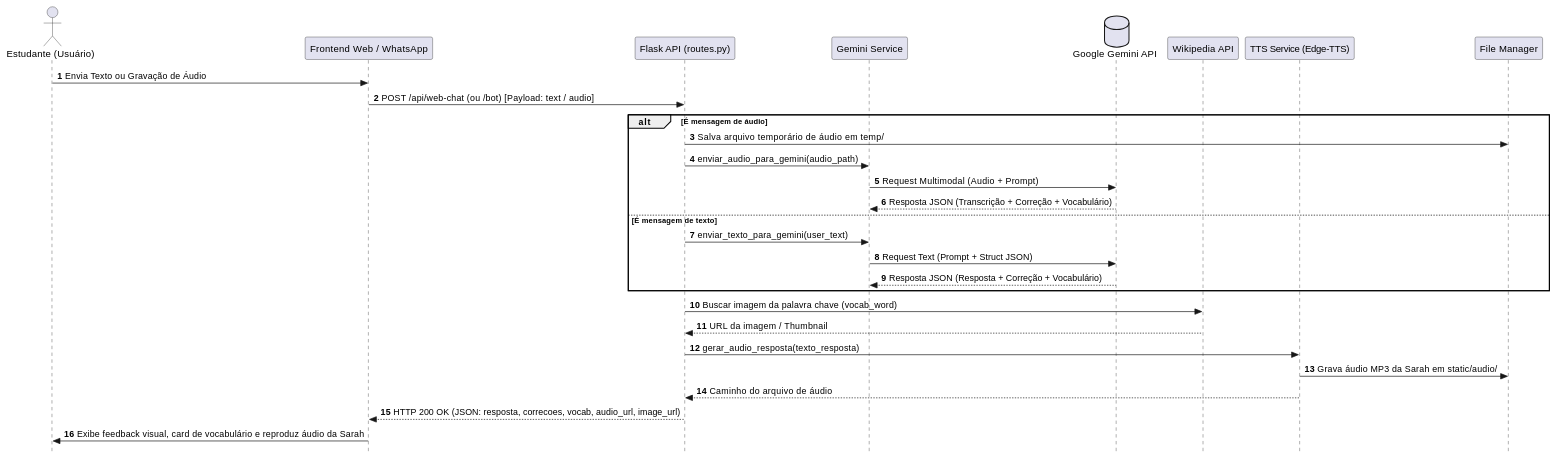
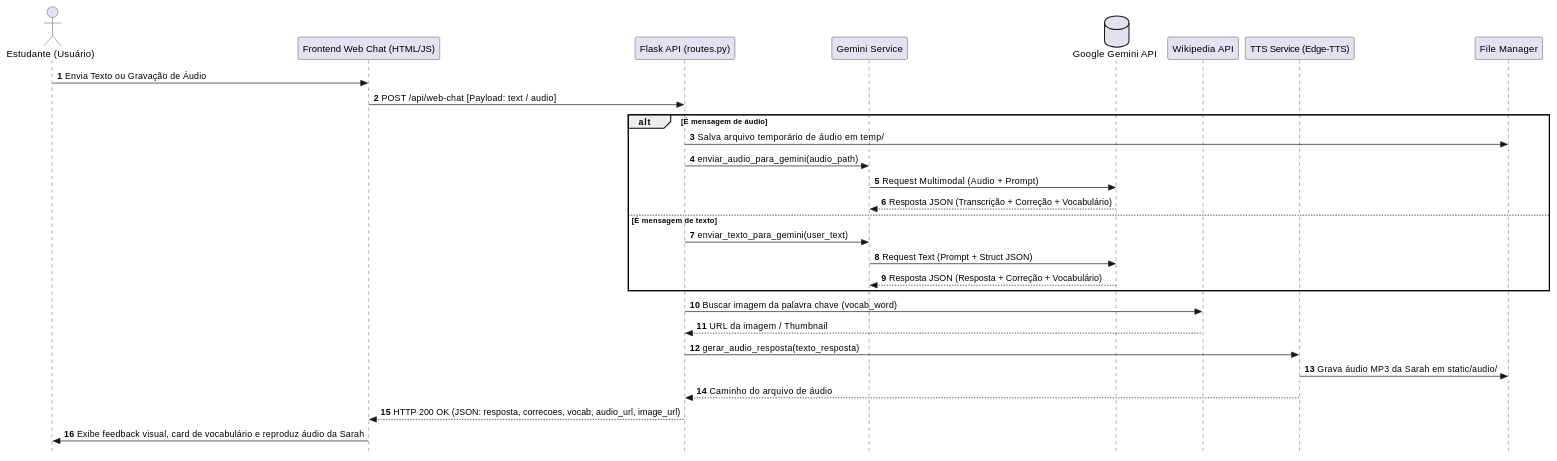
Before and after one commit to MATHEUS111JUNDIAI/bot-ingles: the first of 9 diagrams in docs/architecture.md, drawn with PlantUML. The commit also changed other lines of this file and 11 other files, not shown here.

Commit message:
refactor: remove legacy whatsapp twilio code and update diagrams to 100% web architecture

````diff
--- a/docs/architecture.md
+++ b/docs/architecture.md
@@ -31,40 +30,40 @@
 ```plantuml
 @startuml Sequence_Diagram_Teacher_Sarah
 skinparam style strictuml
 autonumber
 
 actor "Estudante (Usuário)" as User
-participant "Frontend Web / WhatsApp" as Client
+participant "Frontend Web Chat (HTML/JS)" as Client
 participant "Flask API (routes.py)" as API
 participant "Gemini Service" as Gemini
 database "Google Gemini API" as GeminiAPI
 participant "Wikipedia API" as Wiki
 participant "TTS Service (Edge-TTS)" as TTS
 participant "File Manager" as FM
 
 User -> Client: Envia Texto ou Gravação de Áudio
-Client -> API: POST /api/web-chat (ou /bot) [Payload: text / audio]
+Client -> API: POST /api/web-chat [Payload: text / audio]
 
 alt É mensagem de áudio
     API -> FM: Salva arquivo temporário de áudio em temp/
     API -> Gemini: enviar_audio_para_gemini(audio_path)
     Gemini -> GeminiAPI: Request Multimodal (Audio + Prompt)
     GeminiAPI --> Gemini: Resposta JSON (Transcrição + Correção + Vocabulário)
 else É mensagem de texto
     API -> Gemini: enviar_texto_para_gemini(user_text)
     Gemini -> GeminiAPI: Request Text (Prompt + Struct JSON)
     GeminiAPI --> Gemini: Resposta JSON (Resposta + Correção + Vocabulário)
 end
 
 API -> Wiki: Buscar imagem da palavra chave (vocab_word)
 Wiki --> API: URL da imagem / Thumbnail
 
 API -> TTS: gerar_audio_resposta(texto_resposta)
 TTS -> FM: Grava áudio MP3 da Sarah em static/audio/
 TTS --> API: Caminho do arquivo de áudio
 
 API --> Client: HTTP 200 OK (JSON: resposta, correcoes, vocab, audio_url, image_url)
 Client -> User: Exibe feedback visual, card de vocabulário e reproduz áudio da Sarah
 
 @enduml
 ```
````
